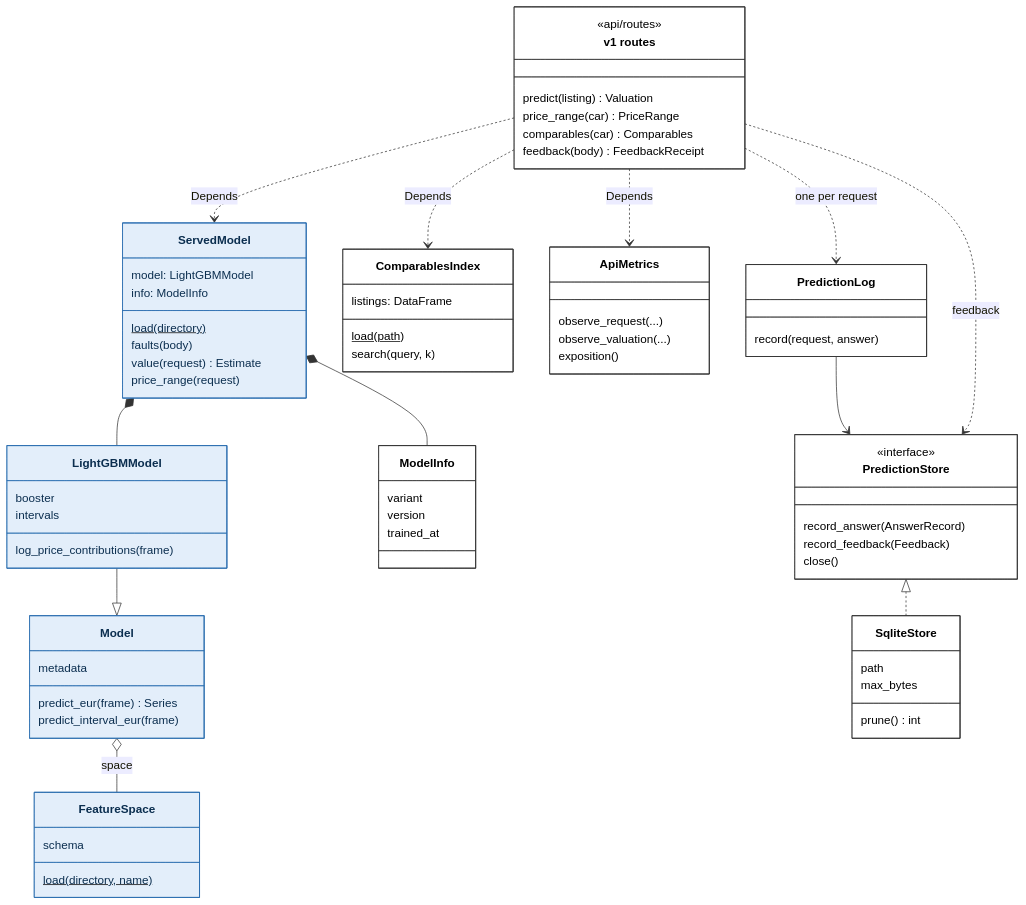
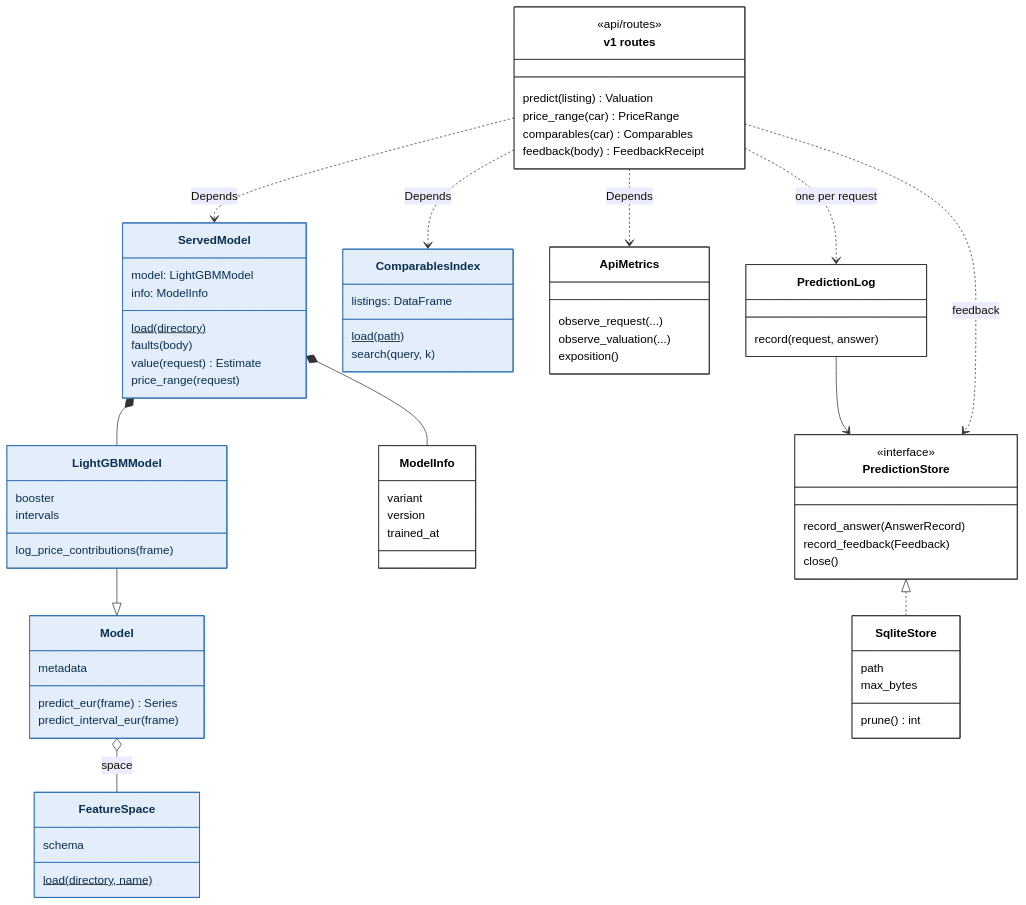
Before and after one commit to mlops-2627q1-mds-upc/MLOPS_Recommenditos: the fifth of 8 diagrams in docs/docs/architecture.md, drawn with Mermaid. The commit also changed other lines of this file, not shown here.

Commit message:
docs: fix the retraining step, fit the logical view on one screen and mark the comparables index as ML

```diff
--- a/docs/docs/architecture.md
+++ b/docs/docs/architecture.md
@@ -278,7 +283,7 @@
     style Model fill:#e3eefa,stroke:#2a6db0,color:#0b2e4f
     style FeatureSpace fill:#e3eefa,stroke:#2a6db0,color:#0b2e4f
     style Routes fill:#ffffff,stroke:#333333,color:#000000
-    style ComparablesIndex fill:#ffffff,stroke:#333333,color:#000000
+    style ComparablesIndex fill:#e3eefa,stroke:#2a6db0,color:#0b2e4f
     style ApiMetrics fill:#ffffff,stroke:#333333,color:#000000
     style PredictionLog fill:#ffffff,stroke:#333333,color:#000000
     style PredictionStore fill:#ffffff,stroke:#333333,color:#000000
```
